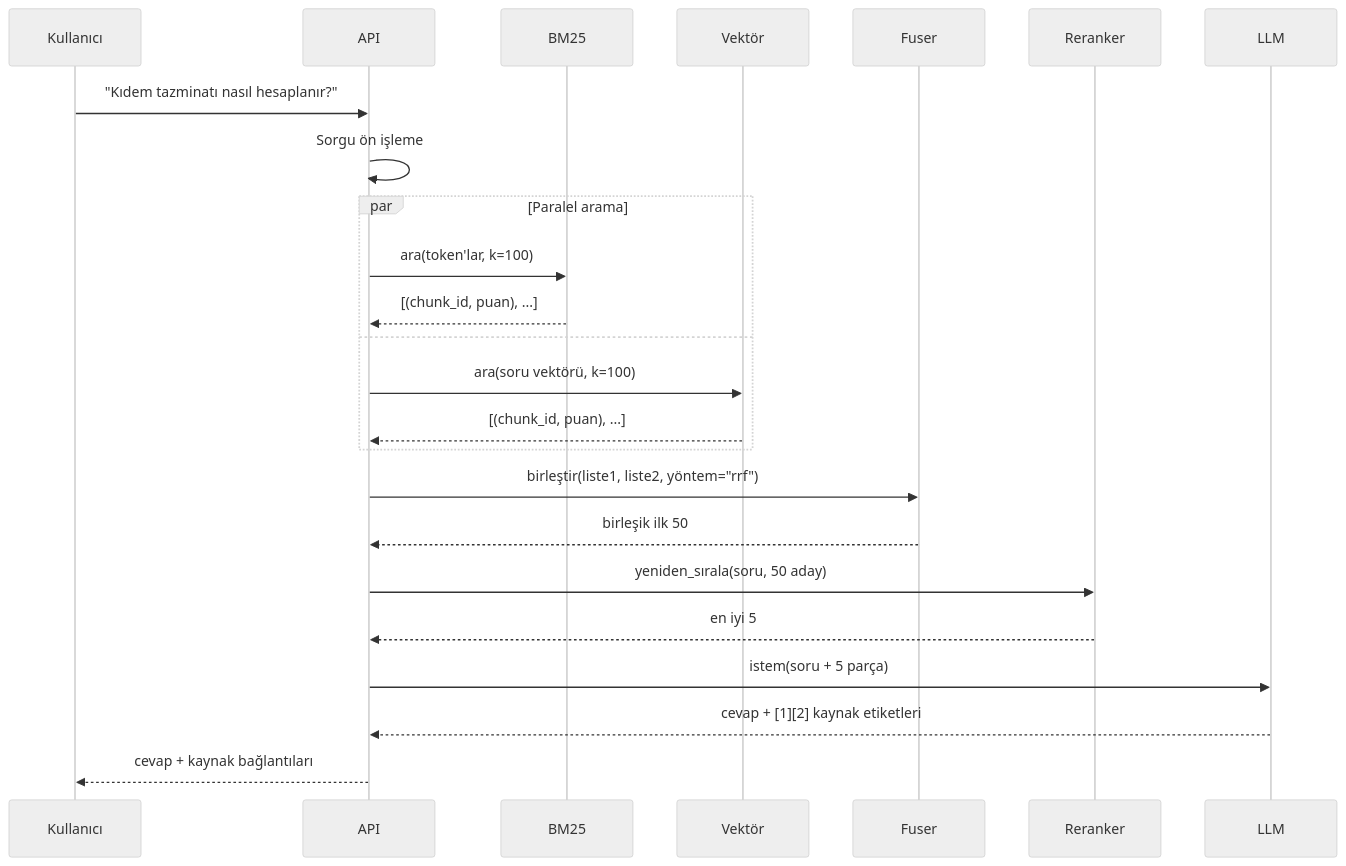
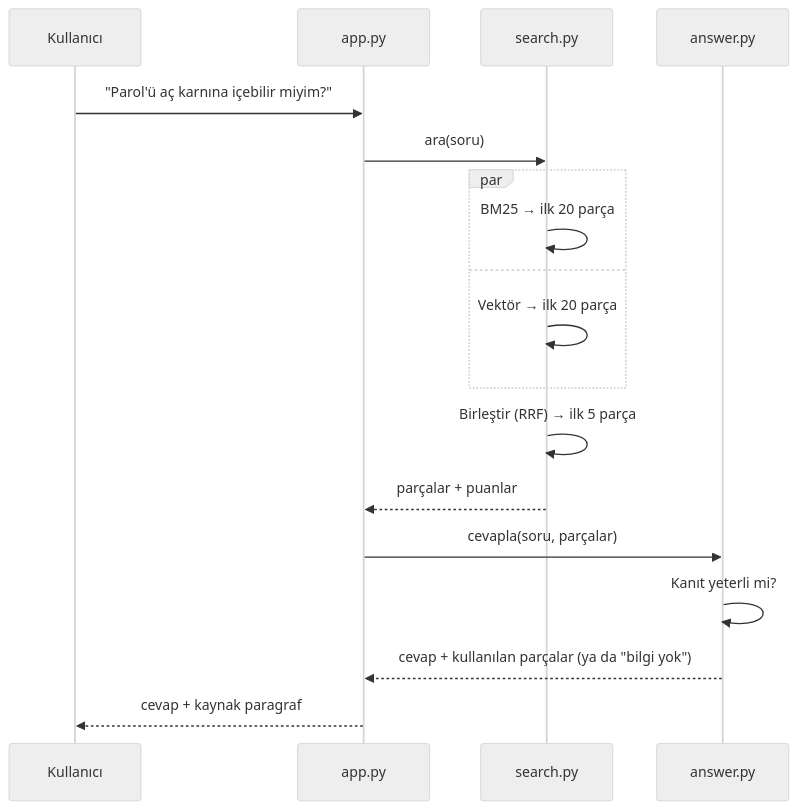
One commit to selimdogann/bitirme changed the second of 2 diagrams in docs/03-mimari.md. Above: the diagram before and after it, drawn with Mermaid (neutral theme). The commit also changed other lines of this file and 11 other files, not shown here.

````diff
--- a/docs/03-mimari.md
+++ b/docs/03-mimari.md
@@ -74,27 +70,21 @@
 ```mermaid
 sequenceDiagram
     participant K as Kullanıcı
-    participant A as API
-    participant B as BM25
-    participant V as Vektör
-    participant F as Fuser
-    participant R as Reranker
-    participant L as LLM
+    participant A as app.py
+    participant S as search.py
+    participant C as answer.py
 
-    K->>A: "Kıdem tazminatı nasıl hesaplanır?"
-    A->>A: Sorgu ön işleme
-    par Paralel arama
-        A->>B: ara(token'lar, k=100)
-        B-->>A: [(chunk_id, puan), ...]
+    K->>A: "Parol'ü aç karnına içebilir miyim?"
+    A->>S: ara(soru)
+    par
+        S->>S: BM25 → ilk 20 parça
     and
-        A->>V: ara(soru vektörü, k=100)
-        V-->>A: [(chunk_id, puan), ...]
+        S->>S: Vektör → ilk 20 parça
     end
-    A->>F: birleştir(liste1, liste2, yöntem="rrf")
-    F-->>A: birleşik ilk 50
-    A->>R: yeniden_sırala(soru, 50 aday)
-    R-->>A: en iyi 5
-    A->>L: istem(soru + 5 parça)
-    L-->>A: cevap + [1][2] kaynak etiketleri
-    A-->>K: cevap + kaynak bağlantıları
+    S->>S: Birleştir (RRF) → ilk 5 parça
+    S-->>A: parçalar + puanlar
+    A->>C: cevapla(soru, parçalar)
+    C->>C: Kanıt yeterli mi?
+    C-->>A: cevap + kullanılan parçalar (ya da "bilgi yok")
+    A-->>K: cevap + kaynak paragraf
 ```
````
